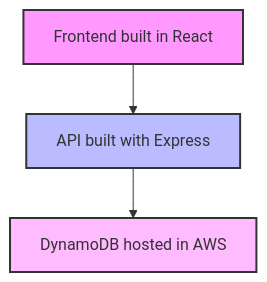
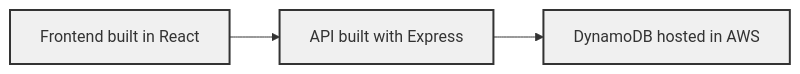
One commit to LiamRussellNZ/movieApp changed the diagram in README.md. Above: the diagram before and after it, drawn with Mermaid.

Commit message:
Minor updates to the Mermaid diagram

````diff
--- a/README.md
+++ b/README.md
@@ -6,8 +6,8 @@
 ```mermaid
-graph TD;
+graph LR;
     A[Frontend built in React] --> B[API built with Express];
     B --> C[DynamoDB hosted in AWS];
-    style A fill:#f9f,stroke:#333,stroke-width:2px;
-    style B fill:#bbf,stroke:#333,stroke-width:2px;
-    style C fill:#fbf,stroke:#333,stroke-width:2px;
+    style A fill:#f0f0f0,stroke:#333,stroke-width:2px;
+    style B fill:#f0f0f0,stroke:#333,stroke-width:2px;
+    style C fill:#f0f0f0,stroke:#333,stroke-width:2px;
 ```
````
